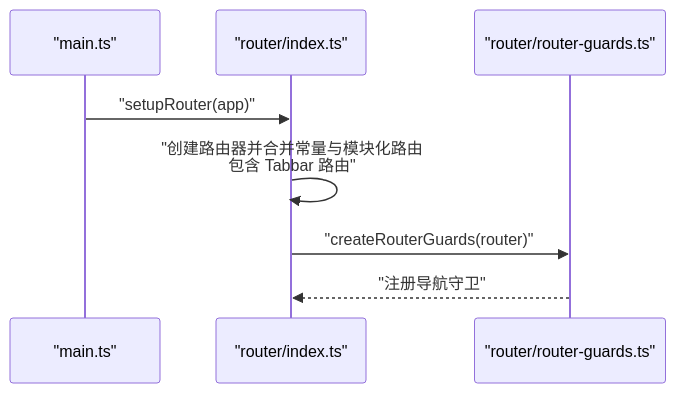
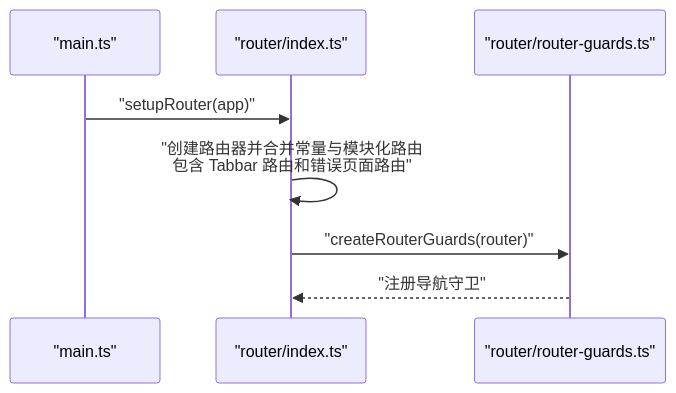
One commit to giserman001/vue3-vant4-mobile changed the third of 12 diagrams in .qoder/repowiki/zh/content/核心系统/路由系统.md. Above: the diagram before and after it, drawn with Mermaid. The commit also changed other lines of this file and 13 other files, not shown here.

````diff
--- a/.qoder/repowiki/zh/content/核心系统/路由系统.md
+++ b/.qoder/repowiki/zh/content/核心系统/路由系统.md
@@ -236,10 +262,10 @@
 ```mermaid
 sequenceDiagram
 participant App as "main.ts"
 participant Router as "router/index.ts"
 participant Guards as "router/router-guards.ts"
 App->>Router : "setupRouter(app)"
-Router->>Router : "创建路由器并合并常量与模块化路由<br/>包含 Tabbar 路由"
+Router->>Router : "创建路由器并合并常量与模块化路由<br/>包含 Tabbar 路由和错误页面路由"
 Router->>Guards : "createRouterGuards(router)"
 Guards-->>Router : "注册导航守卫"
 ```
````
